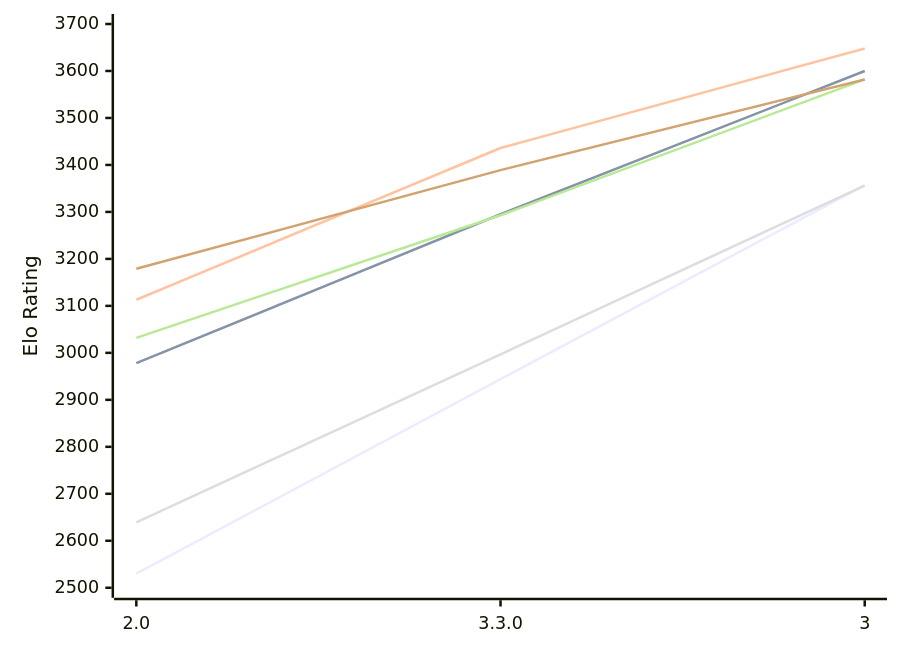
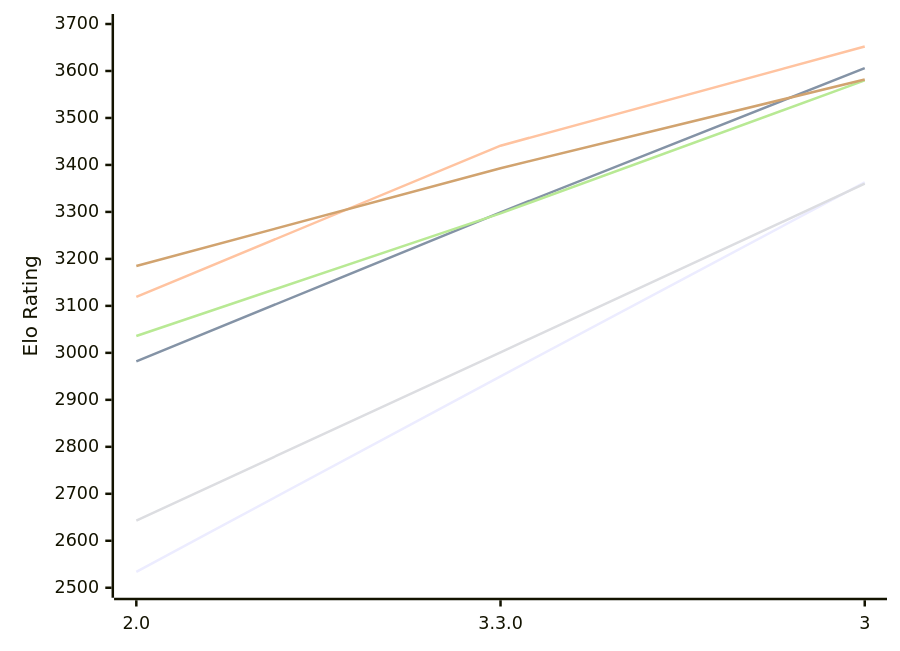
Before and after one commit to computer-chess-index/cci: the diagram in engines/Ravager.md, drawn with Mermaid. The commit also changed other lines of this file, not shown here.

Commit message:
Update CCI Ratings (ELO VLTC) - 2026-11-20

````diff
--- a/engines/Ravager.md
+++ b/engines/Ravager.md
@@ -51,12 +51,12 @@
 ```mermaid
 %%{init: {"theme":"base","themeVariables":{"seriesColors:['#a3a3a3','#222221','#faa371']}}}%%
 xychart-beta
   x-axis ["2.0", "3.3.0", "3"]
   y-axis "Elo Rating" 2500 --> 3700
-  line "E1: STC (8.0+0.08s)" [2530, 2944, 3357]
-  line "E1: LTC (60.0+0.60s)" [2978, 3295, 3600]
-  line "E1: VLTC (2m24s+1.12s)" [3113, 3436, 3648]
-  line "P1: STC (8.0+0.08s)" [2639, 2997, 3356]
-  line "P1: LTC (60.0+0.60s)" [3032, 3293, 3582]
-  line "P1: VLTC (2m24s+1.12s)" [3179, 3389, 3582]
+  line "E1: STC (8.0+0.08s)" [2534, 2950, 3363]
+  line "E1: LTC (60.0+0.60s)" [2982, 3299, 3606]
+  line "E1: VLTC (2m24s+1.12s)" [3119, 3441, 3652]
+  line "P1: STC (8.0+0.08s)" [2643, 3001, 3360]
+  line "P1: LTC (60.0+0.60s)" [3036, 3297, 3580]
+  line "P1: VLTC (2m24s+1.12s)" [3185, 3393, 3582]
 ```
````
